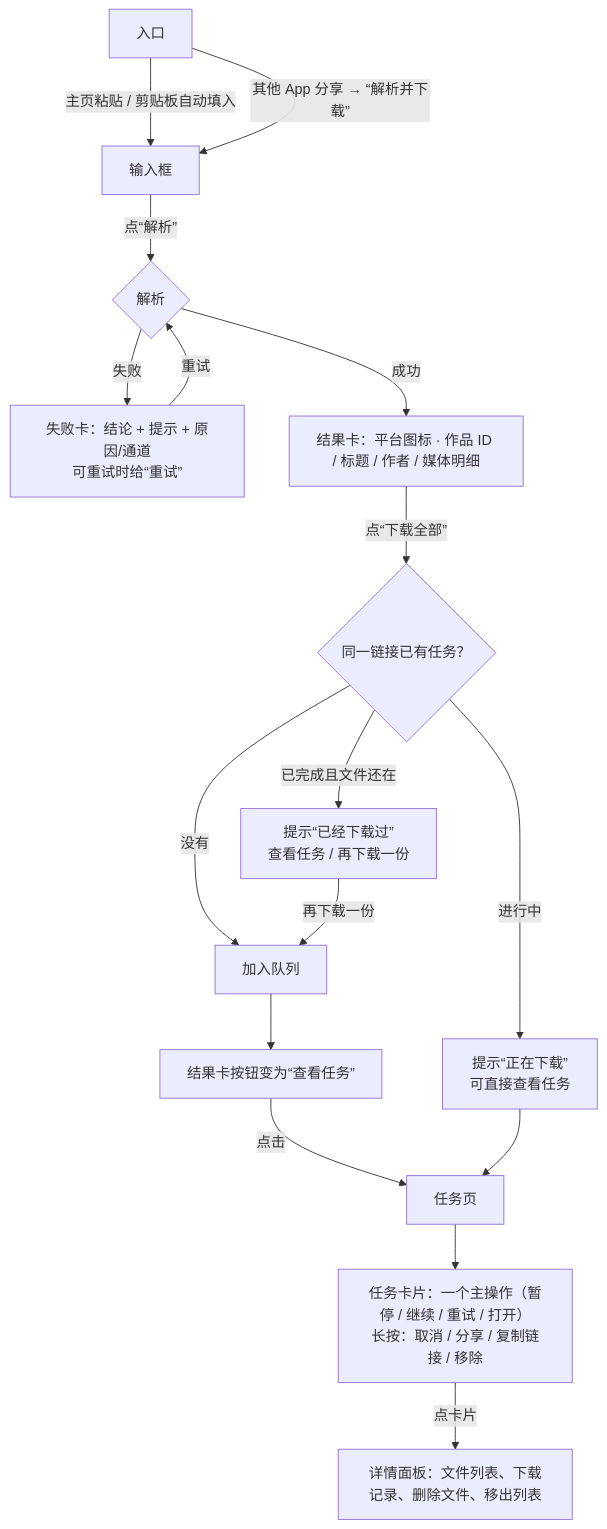
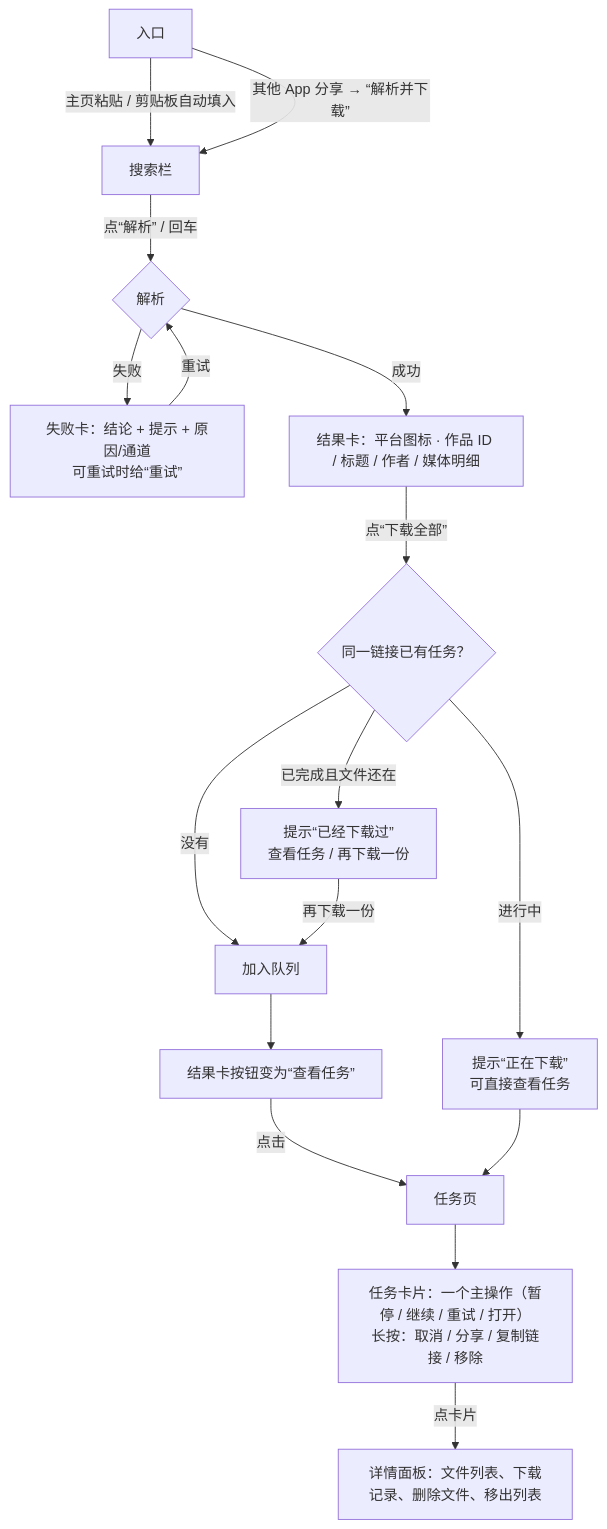
The first of 2 diagrams in docs/design/07-操作流程.md (yohurm/Android-YoUrlDown), drawn with Mermaid before and after one commit. The commit also changed other lines of this file and 6 other files, not shown here.

Commit message:
docs: 主页规格改为搜索栏，补页签切换验收项，刷新截图

````diff
--- a/docs/design/07-操作流程.md
+++ b/docs/design/07-操作流程.md
@@ -8,19 +8,19 @@
 ```mermaid
 flowchart TD
-    A[入口] -->|主页粘贴 / 剪贴板自动填入| B[输入框]
+    A[入口] -->|主页粘贴 / 剪贴板自动填入| B[搜索栏]
     A -->|其他 App 分享 → “解析并下载”| B
-    B -->|点“解析”| C{解析}
+    B -->|点“解析” / 回车| C{解析}
     C -->|失败| F[失败卡：结论 + 提示 + 原因/通道<br/>可重试时给“重试”]
     F -->|重试| C
     C -->|成功| R[结果卡：平台图标 · 作品 ID / 标题 / 作者 / 媒体明细]
     R -->|点“下载全部”| D{同一链接已有任务？}
     D -->|进行中| D1[提示“正在下载”<br/>可直接查看任务]
     D -->|已完成且文件还在| D2[提示“已经下载过”<br/>查看任务 / 再下载一份]
     D -->|没有| Q[加入队列]
     D2 -->|再下载一份| Q
     Q --> R2[结果卡按钮变为“查看任务”]
     R2 -->|点击| T[任务页]
     D1 --> T
     T --> Card[任务卡片：一个主操作（暂停 / 继续 / 重试 / 打开）<br/>长按：取消 / 分享 / 复制链接 / 移除]
     Card -->|点卡片| S[详情面板：文件列表、下载记录、删除文件、移出列表]
 ```
````
